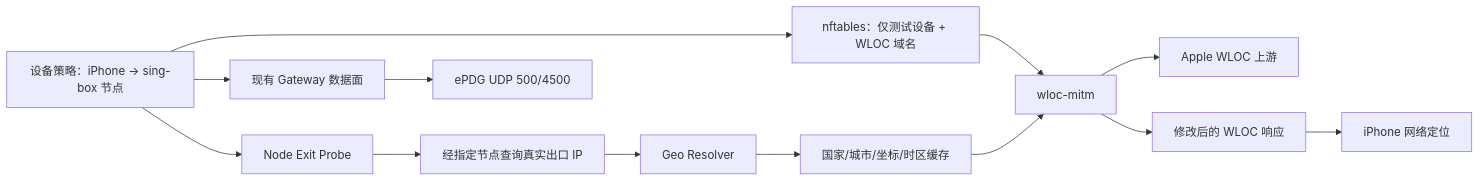
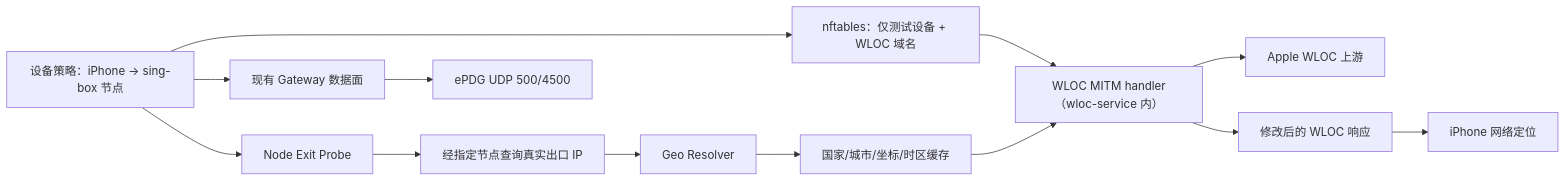
One commit to smthdagg/wificalling-location-gateway changed the diagram in DEVELOPMENT_TEST_PLAN.md. Above: the diagram before and after it, drawn with Mermaid. The commit also changed other lines of this file and 9 other files, not shown here.

````diff
--- a/DEVELOPMENT_TEST_PLAN.md
+++ b/DEVELOPMENT_TEST_PLAN.md
@@ -88,15 +117,15 @@
 ```mermaid
 flowchart LR
     A["设备策略：iPhone → sing-box 节点"] --> B["Node Exit Probe"]
     B --> C["经指定节点查询真实出口 IP"]
     C --> D["Geo Resolver"]
     D --> E["国家/城市/坐标/时区缓存"]
     A --> F["nftables：仅测试设备 + WLOC 域名"]
-    F --> G["wloc-mitm"]
+    F --> G["WLOC MITM handler（wloc-service 内）"]
     E --> G
     G --> H["Apple WLOC 上游"]
     G --> I["修改后的 WLOC 响应"]
     I --> J["iPhone 网络定位"]
     A --> K["现有 Gateway 数据面"]
     K --> L["ePDG UDP 500/4500"]
 ```
````
